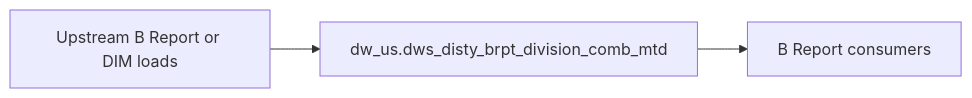
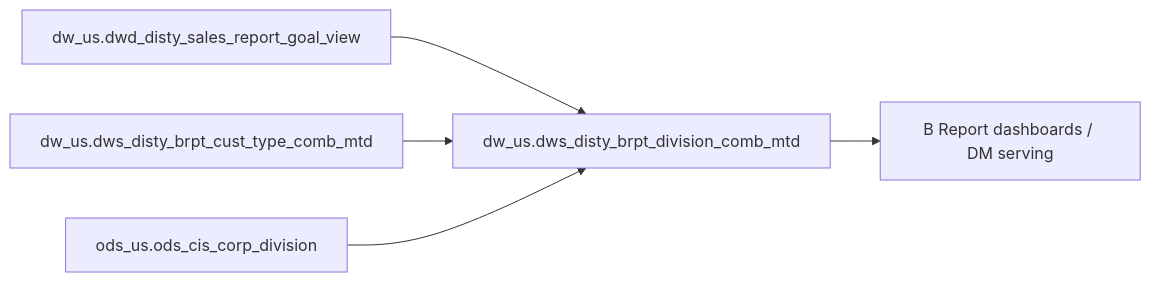
One commit to chengduhaha/data_agent changed the diagram in backend/defaults/b_report/workspace/target/knowledgebase/b-report-us/dws_disty_brpt_division_comb_mtd.md. Above: the diagram before and after it, drawn with Mermaid. The commit also changed other lines of this file and 1108 other files, not shown here.

````diff
--- a/backend/defaults/b_report/workspace/target/knowledgebase/b-report-us/dws_disty_brpt_division_comb_mtd.md
+++ b/backend/defaults/b_report/workspace/target/knowledgebase/b-report-us/dws_disty_brpt_division_comb_mtd.md
@@ -143,8 +454,12 @@
 ```mermaid
 flowchart LR
-  upstream[Upstream B Report or DIM loads]
-  tgt["dw_us.dws_disty_brpt_division_comb_mtd"]
-  brpt[B Report consumers]
-  upstream --> tgt
-  tgt --> brpt
+  dw_us_dws_disty_brpt_division_comb_mtd["dw_us.dws_disty_brpt_division_comb_mtd"]
+  src0["dw_us.dwd_disty_sales_report_goal_view"]
+  src0 --> dw_us_dws_disty_brpt_division_comb_mtd
+  src1["dw_us.dws_disty_brpt_cust_type_comb_mtd"]
+  src1 --> dw_us_dws_disty_brpt_division_comb_mtd
+  src2["ods_us.ods_cis_corp_division"]
+  src2 --> dw_us_dws_disty_brpt_division_comb_mtd
+  consumers["B Report dashboards / DM serving"]
+  dw_us_dws_disty_brpt_division_comb_mtd --> consumers
 ```
````
